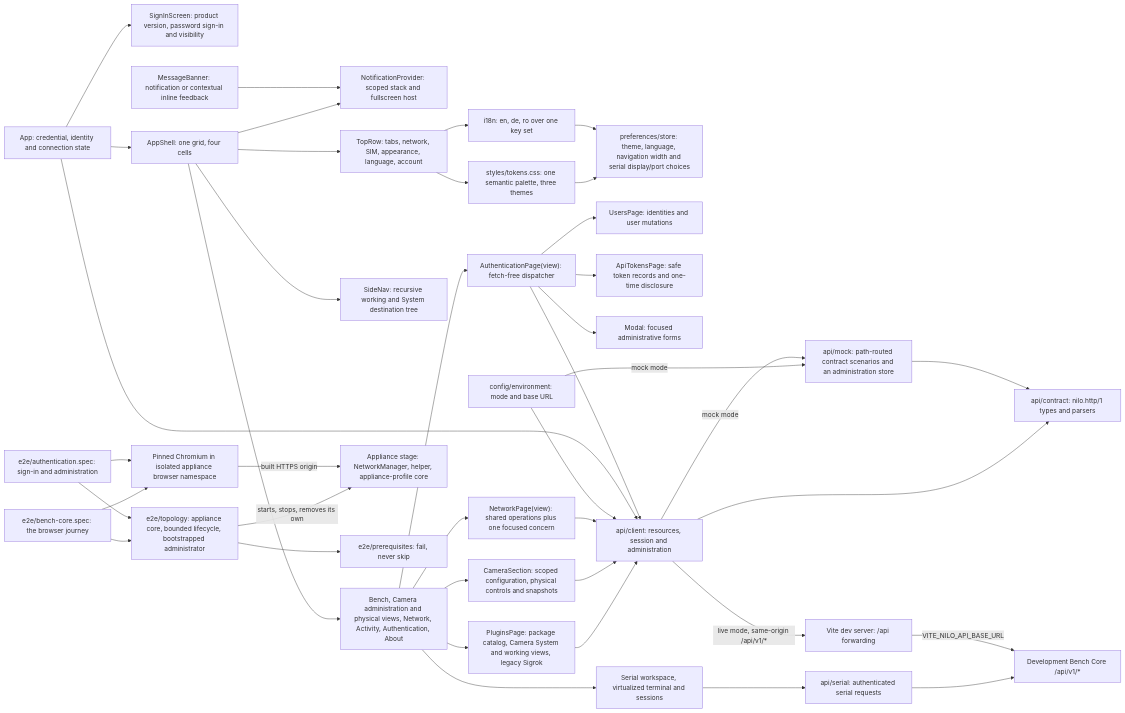
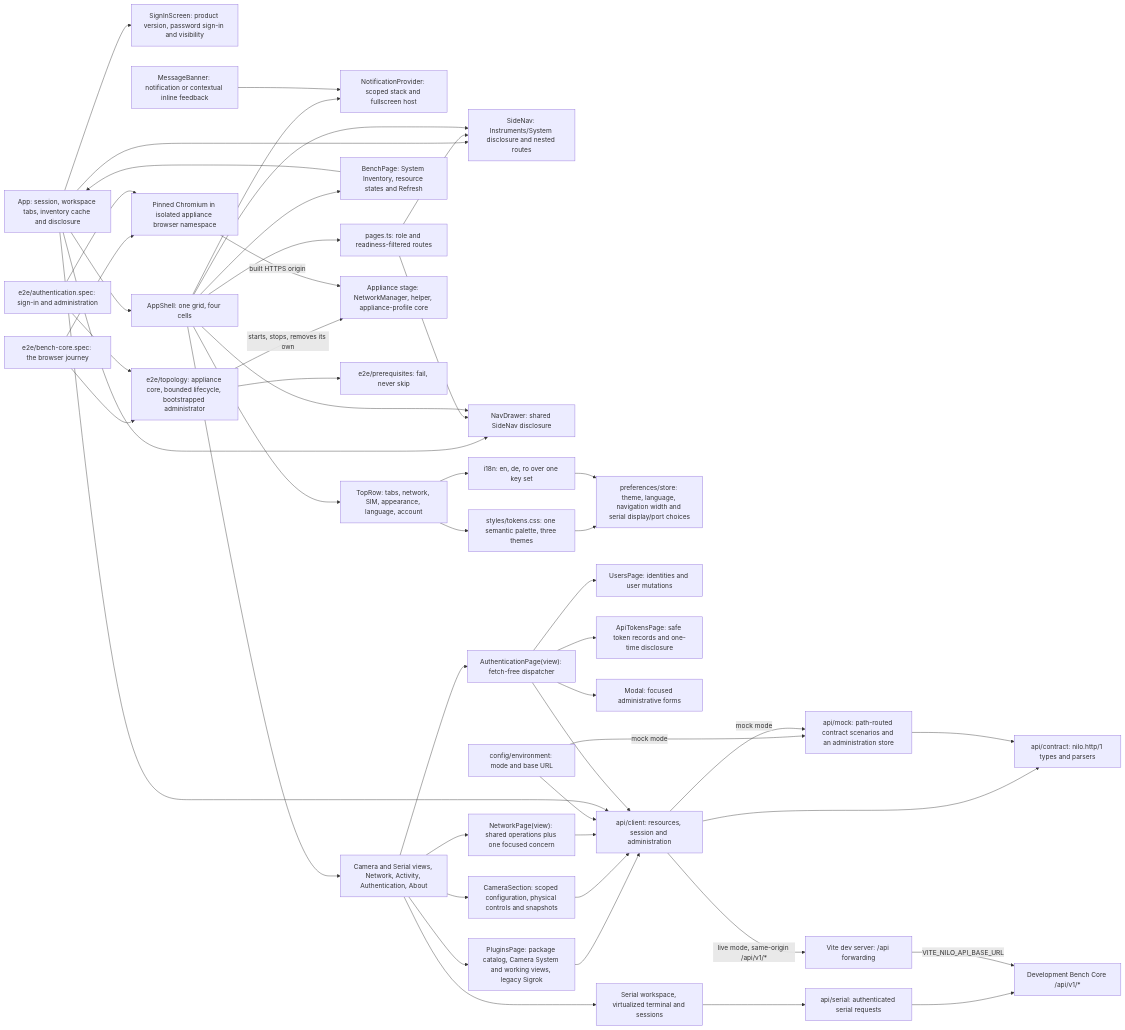
The diagram in .agentic/knowledge/gui-foundation.md (DDP-Engineering/2026_Networked_Intelligent_Lab_Orchestrator), drawn with Mermaid before and after one commit. The commit also changed other lines of this file and 1 other file, not shown here.

````diff
--- a/.agentic/knowledge/gui-foundation.md
+++ b/.agentic/knowledge/gui-foundation.md
@@ -350,71 +363,82 @@
 ```mermaid
 flowchart LR
-    app["App: credential, identity and connection state"]
+    app["App: session, workspace tabs, inventory cache and disclosure"]
     signin["SignInScreen: product version, password sign-in and visibility"]
     shell["AppShell: one grid, four cells"]
     notifications["NotificationProvider: scoped stack and fullscreen host"]
     feedback["MessageBanner: notification or contextual inline feedback"]
     shell --> notifications
     feedback --> notifications
     toprow["TopRow: tabs, network, SIM, appearance, language, account"]
-    sidenav["SideNav: recursive working and System destination tree"]
-    pages["Bench, Camera administration and physical views, Network, Activity, Authentication, About"]
+    registry["pages.ts: role and readiness-filtered routes"]
+    sidenav["SideNav: Instruments/System disclosure and nested routes"]
+    drawer["NavDrawer: shared SideNav disclosure"]
+    inventory["BenchPage: System Inventory, resource states and Refresh"]
+    pages["Camera and Serial views, Network, Activity, Authentication, About"]
     tokens["styles/tokens.css: one semantic palette, three themes"]
     catalogue["i18n: en, de, ro over one key set"]
     prefs["preferences/store: theme, language, navigation width and serial display/port choices"]
     admin["AuthenticationPage(view): fetch-free dispatcher"]
     users["UsersPage: identities and user mutations"]
     apitokens["ApiTokensPage: safe token records and one-time disclosure"]
     netpage["NetworkPage(view): shared operations plus one focused concern"]
     modal["Modal: focused administrative forms"]
     env["config/environment: mode and base URL"]
     client["api/client: resources, session and administration"]
     contract["api/contract: nilo.http/1 types and parsers"]
     mock["api/mock: path-routed contract scenarios and an administration store"]
     proxy["Vite dev server: /api forwarding"]
     backend["Development Bench Core /api/v1/*"]
     appliance["Appliance stage: NetworkManager, helper, appliance-profile core"]
     app --> signin
     app --> shell
     shell --> toprow
+    app --> sidenav
+    app --> drawer
+    shell --> registry
+    registry --> sidenav
+    registry --> drawer
     shell --> sidenav
+    shell --> drawer
+    shell --> inventory
+    inventory --> app
     shell --> pages
     pages --> instruments["PluginsPage: package catalog, Camera System and working views, legacy Sigrok"]
     instruments --> client
     pages --> camera["CameraSection: scoped configuration, physical controls and snapshots"]
     camera --> client
     pages --> serial["Serial workspace, virtualized terminal and sessions"]
     serial --> serialapi["api/serial: authenticated serial requests"]
     serialapi --> backend
     pages --> admin
     admin --> users
     admin --> apitokens
     pages --> netpage
     netpage --> client
     admin --> modal
     toprow --> tokens
     toprow --> catalogue
     tokens --> prefs
     catalogue --> prefs
     env --> client
     env -- "mock mode" --> mock
     client --> contract
     mock --> contract
     app --> client
     admin --> client
     client -- "live mode, same-origin /api/v1/*" --> proxy
     proxy -- "VITE_NILO_API_BASE_URL" --> backend
     client -- "mock mode" --> mock
     harness["e2e/topology: appliance core, bounded lifecycle, bootstrapped administrator"]
     prereq["e2e/prerequisites: fail, never skip"]
     spec["e2e/bench-core.spec: the browser journey"]
     adminspec["e2e/authentication.spec: sign-in and administration"]
     browser["Pinned Chromium in isolated appliance browser namespace"]
     harness --> prereq
     harness -- "starts, stops, removes its own" --> appliance
     spec --> harness
     adminspec --> harness
     spec --> browser
     adminspec --> browser
     browser -- "built HTTPS origin" --> appliance
 ```
````
